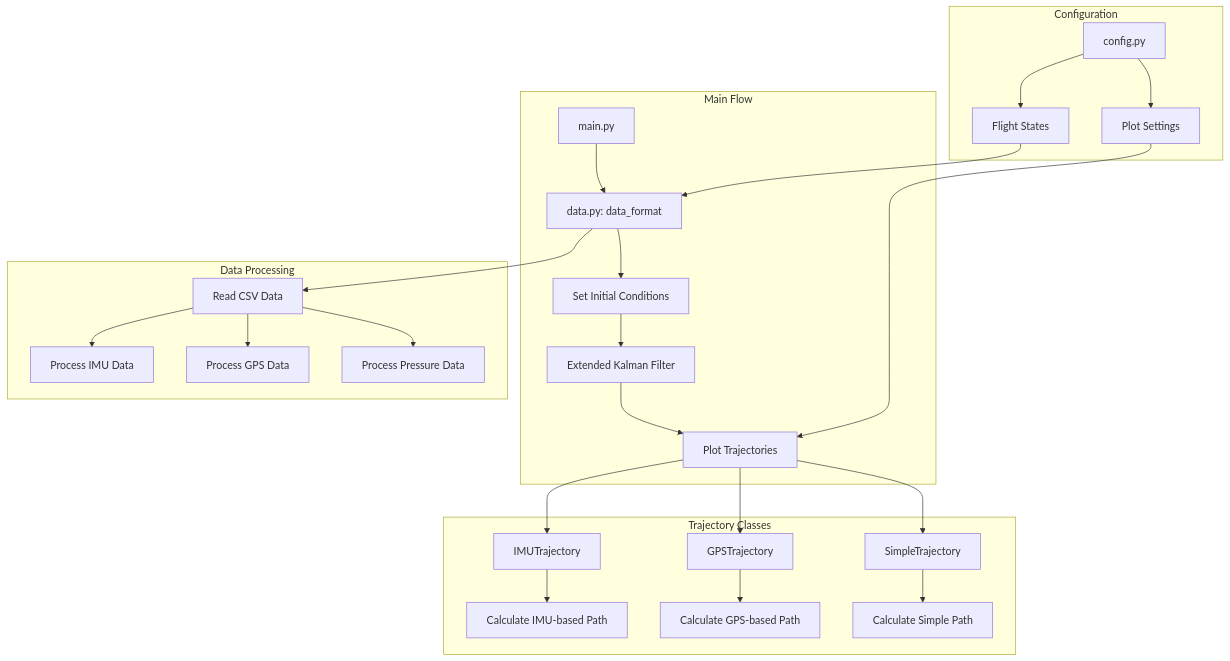
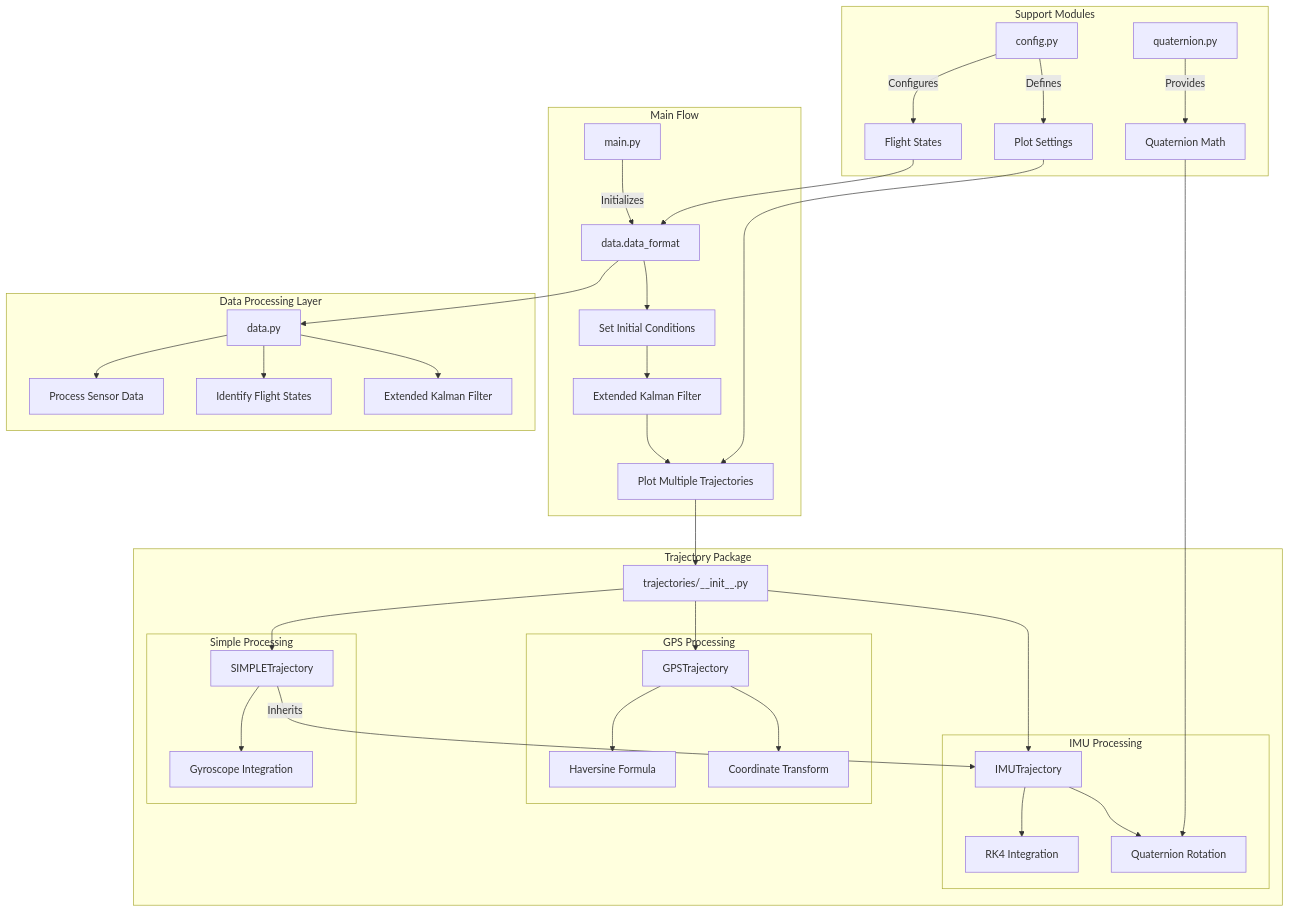
One commit to Hanaro2021/data_processing changed the first of 4 diagrams in README.md. Above: the diagram before and after it, drawn with Mermaid. The commit also changed other lines of this file, not shown here.

````diff
--- a/README.md
+++ b/README.md
@@ -7,33 +7,48 @@
 ```mermaid
 graph TD
     subgraph Main Flow
-        A[main.py] --> B[data.py: data_format]
+        A[main.py] --> |Initializes| B[data.data_format]
         B --> C[Set Initial Conditions]
         C --> D[Extended Kalman Filter]
-        D --> E[Plot Trajectories]
+        D --> E[Plot Multiple Trajectories]
     end
 
-    subgraph Data Processing
-        B --> F[Read CSV Data]
-        F --> G[Process IMU Data]
-        F --> H[Process GPS Data]
-        F --> I[Process Pressure Data]
+    subgraph Data Processing Layer
+        B --> F[data.py]
+        F --> G[Process Sensor Data]
+        F --> H[Identify Flight States]
+        F --> I[Extended Kalman Filter]
     end
 
-    subgraph Trajectory Classes
-        J[IMUTrajectory] --> K[Calculate IMU-based Path]
-        L[GPSTrajectory] --> M[Calculate GPS-based Path]
-        N[SimpleTrajectory] --> O[Calculate Simple Path]
+    subgraph Trajectory Package
+        J[trajectories/__init__.py] --> K[IMUTrajectory]
+        J --> L[GPSTrajectory]
+        J --> M[SIMPLETrajectory]
+        
+        subgraph IMU Processing
+            K --> N[RK4 Integration]
+            K --> O[Quaternion Rotation]
+        end
+        
+        subgraph GPS Processing
+            L --> P[Haversine Formula]
+            L --> Q[Coordinate Transform]
+        end
+        
+        subgraph Simple Processing
+            M --> |Inherits|K
+            M --> R[Gyroscope Integration]
+        end
     end
 
-    subgraph Configuration
-        P[config.py] --> Q[Flight States]
-        P --> R[Plot Settings]
+    subgraph Support Modules
+        S[quaternion.py] --> |Provides|T[Quaternion Math]
+        U[config.py] --> |Configures|V[Flight States]
+        U --> |Defines|W[Plot Settings]
     end
 
     E --> J
-    E --> L
-    E --> N
-    Q --> B
-    R --> E
+    T --> O
+    V --> B
+    W --> E
 ```
````
